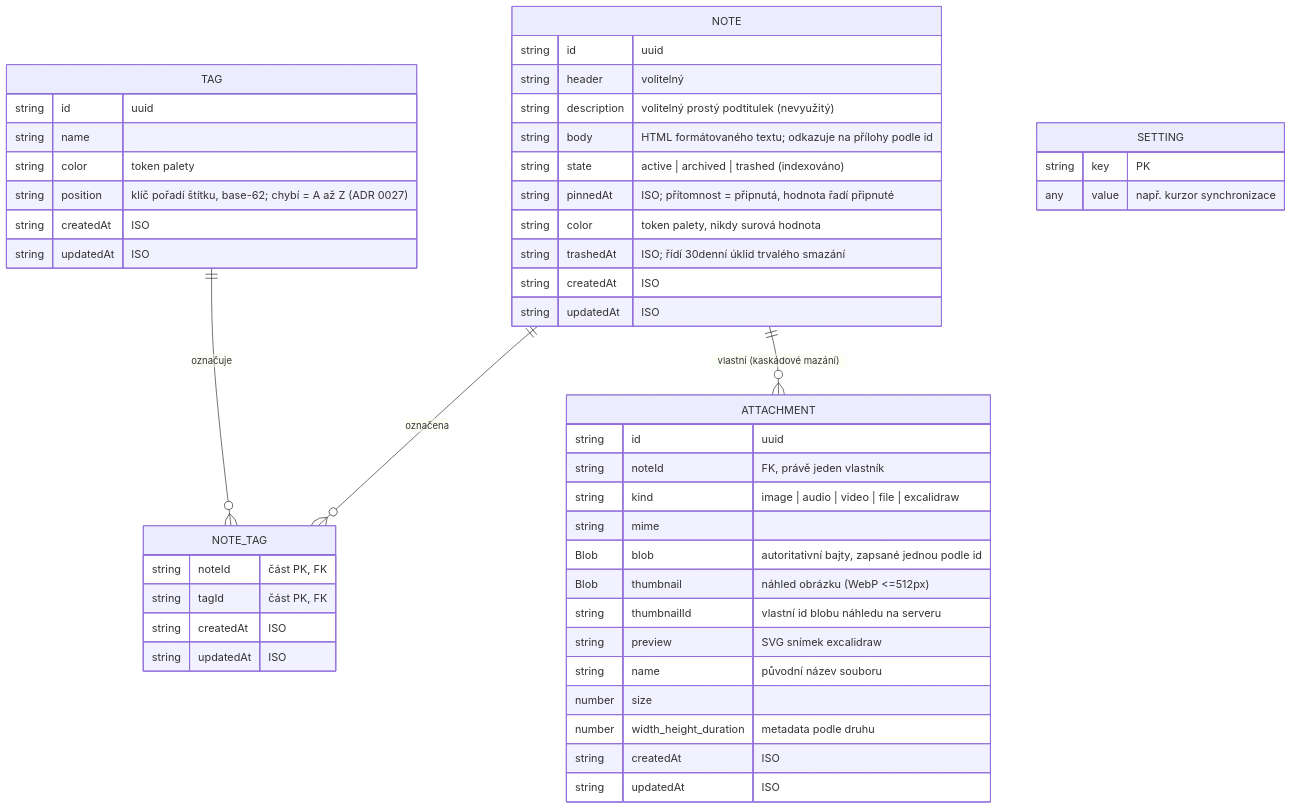
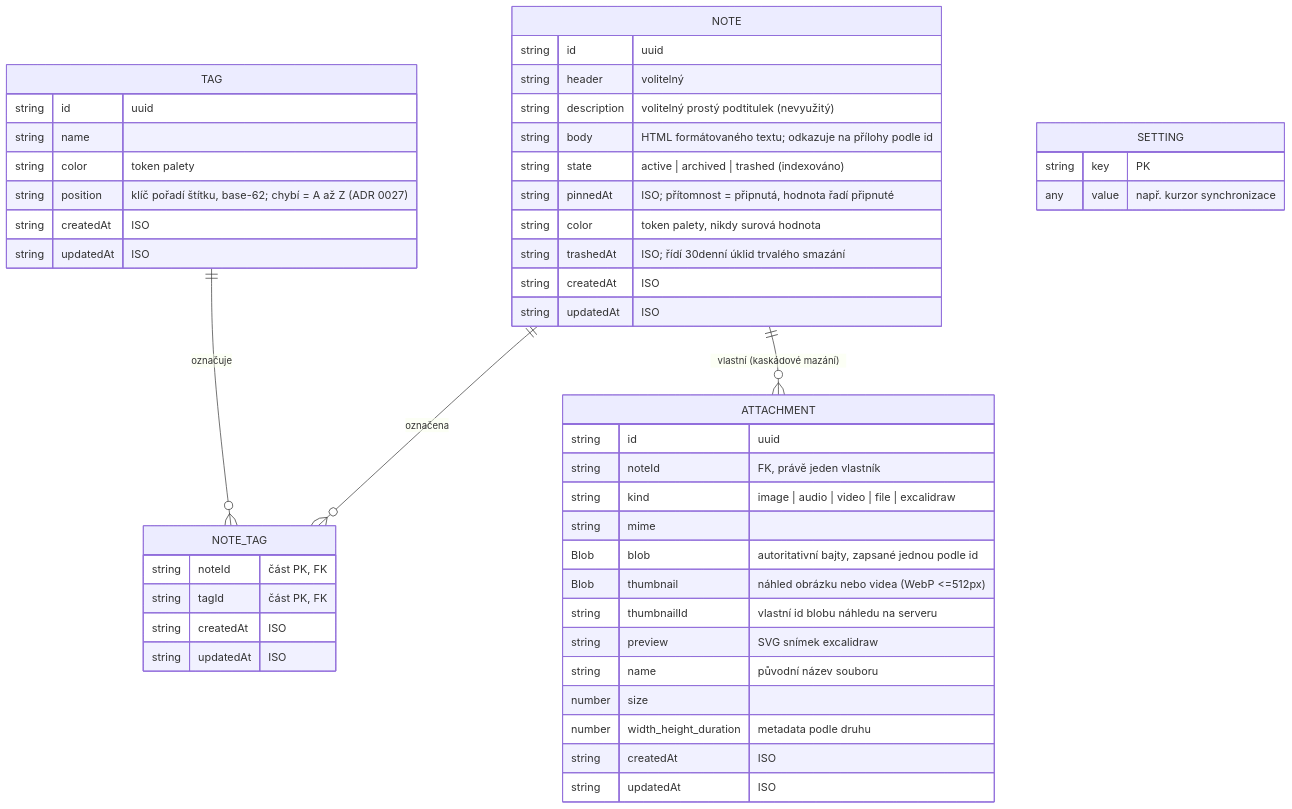
One commit to soukupj00/your-notes-fe changed the diagram in docs/cs/architecture/03-database.md. Above: the diagram before and after it, drawn with Mermaid. The commit also changed 4 other files, not shown here.

````diff
--- a/docs/cs/architecture/03-database.md
+++ b/docs/cs/architecture/03-database.md
@@ -13,51 +13,51 @@
 ```mermaid
 erDiagram
     NOTE ||--o{ NOTE_TAG : "označena"
     TAG ||--o{ NOTE_TAG : "označuje"
     NOTE ||--o{ ATTACHMENT : "vlastní (kaskádové mazání)"
     NOTE {
         string id "uuid"
         string header "volitelný"
         string description "volitelný prostý podtitulek (nevyužitý)"
         string body "HTML formátovaného textu; odkazuje na přílohy podle id"
         string state "active | archived | trashed (indexováno)"
         string pinnedAt "ISO; přítomnost = připnutá, hodnota řadí připnuté"
         string color "token palety, nikdy surová hodnota"
         string trashedAt "ISO; řídí 30denní úklid trvalého smazání"
         string createdAt "ISO"
         string updatedAt "ISO"
     }
     TAG {
         string id "uuid"
         string name
         string color "token palety"
         string position "klíč pořadí štítku, base-62; chybí = A až Z (ADR 0027)"
         string createdAt "ISO"
         string updatedAt "ISO"
     }
     NOTE_TAG {
         string noteId "část PK, FK"
         string tagId "část PK, FK"
         string createdAt "ISO"
         string updatedAt "ISO"
     }
     ATTACHMENT {
         string id "uuid"
         string noteId "FK, právě jeden vlastník"
         string kind "image | audio | video | file | excalidraw"
         string mime
         Blob blob "autoritativní bajty, zapsané jednou podle id"
-        Blob thumbnail "náhled obrázku (WebP <=512px)"
+        Blob thumbnail "náhled obrázku nebo videa (WebP <=512px)"
         string thumbnailId "vlastní id blobu náhledu na serveru"
         string preview "SVG snímek excalidraw"
         string name "původní název souboru"
         number size
         number width_height_duration "metadata podle druhu"
         string createdAt "ISO"
         string updatedAt "ISO"
     }
     SETTING {
         string key "PK"
         any value "např. kurzor synchronizace"
     }
 ```
````
